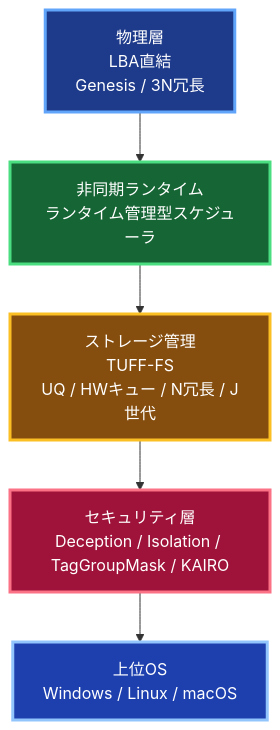
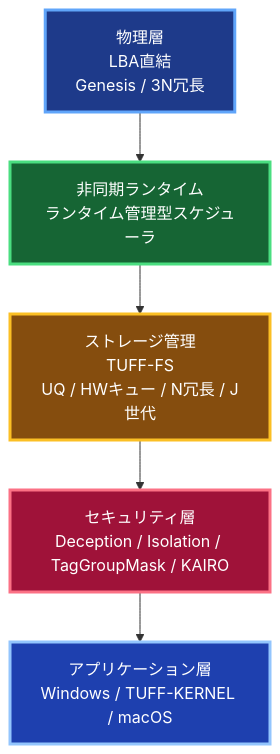
One commit to elementary-particles-Man/TUFF-OS-ISO changed the first of 5 diagrams in マニュアル/TUFF-OS 詳細説明書（技術的説明書）.md. Above: the diagram before and after it, drawn with Mermaid. The commit also changed other lines of this file and 41 other files, not shown here.

Commit message:
DOCS: Comprehensive overhaul of manuals to reflect Pure Rust Bare-metal Sovereign Core and ZRAM architecture.

````diff
--- a/マニュアル/TUFF-OS 詳細説明書（技術的説明書）.md
+++ b/マニュアル/TUFF-OS 詳細説明書（技術的説明書）.md
@@ -11,20 +19,20 @@
 ```mermaid
 flowchart TD
     A[物理層\nLBA直結\nGenesis / 3N冗長] 
     --> B[非同期ランタイム\nランタイム管理型スケジューラ]
     B --> C[ストレージ管理\nTUFF-FS\nUQ / HWキュー / N冗長 / J世代]
     C --> D[セキュリティ層\nDeception / Isolation / TagGroupMask / KAIRO]
-    D --> E[上位OS\nWindows / Linux / macOS]
+    D --> E[アプリケーション層\nWindows / TUFF-KERNEL / macOS]
 
     classDef phys fill:#1e3a8a,color:#fff,stroke:#60a5fa,stroke-width:3px
     classDef runtime fill:#166534,color:#fff,stroke:#4ade80,stroke-width:3px
     classDef fs fill:#854d0e,color:#fff,stroke:#fbbf24,stroke-width:3px
     classDef sec fill:#9f1239,color:#fff,stroke:#fb7185,stroke-width:3px
     classDef upper fill:#1e40af,color:#fff,stroke:#93c5fd,stroke-width:3px
 
     class A phys
     class B runtime
     class C fs
     class D sec
     class E upper
 ```
````
